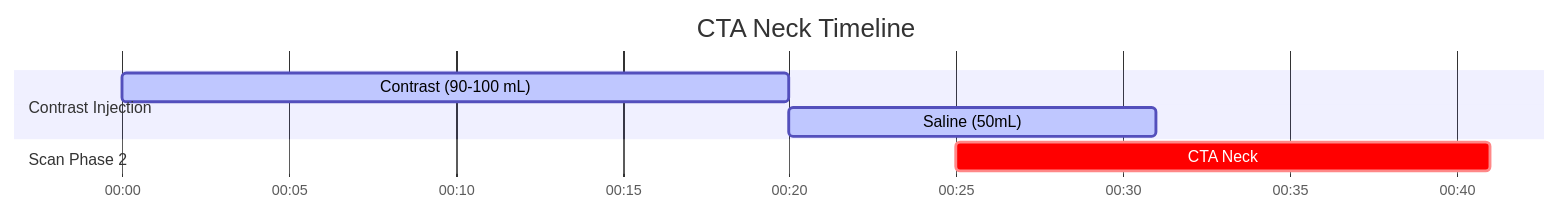
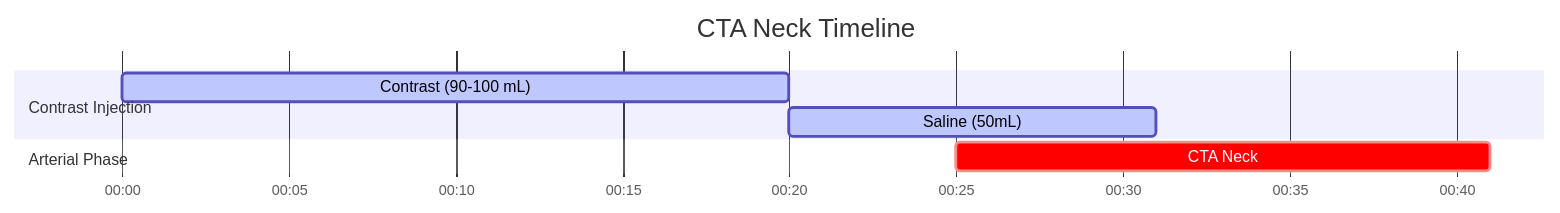
Before and after one commit to dfergs93/radiology-protocols: the diagram in docs/ct/neuro/cta-neck.md, drawn with Mermaid. The commit also changed 79 other files, not shown here.

````diff
--- a/docs/ct/neuro/cta-neck.md
+++ b/docs/ct/neuro/cta-neck.md
@@ -83,16 +83,16 @@
   ```mermaid
   ---
   config:
     theme: default
   ---
     gantt
       title CTA Neck Timeline
       dateFormat mm:ss
       axisFormat %M:%S 
       
       section Contrast Injection
       Contrast (90-100 mL)    :active, contrast, 00:00, 20s
       Saline (50mL)          :active, saline, after contrast, 11s
-      section Scan Phase 2
-      CTA Neck    :crit, scan2, 00:25, 16s
+      section Arterial Phase
+      CTA Neck    :crit, scan1, 00:25, 16s
   ```
````
